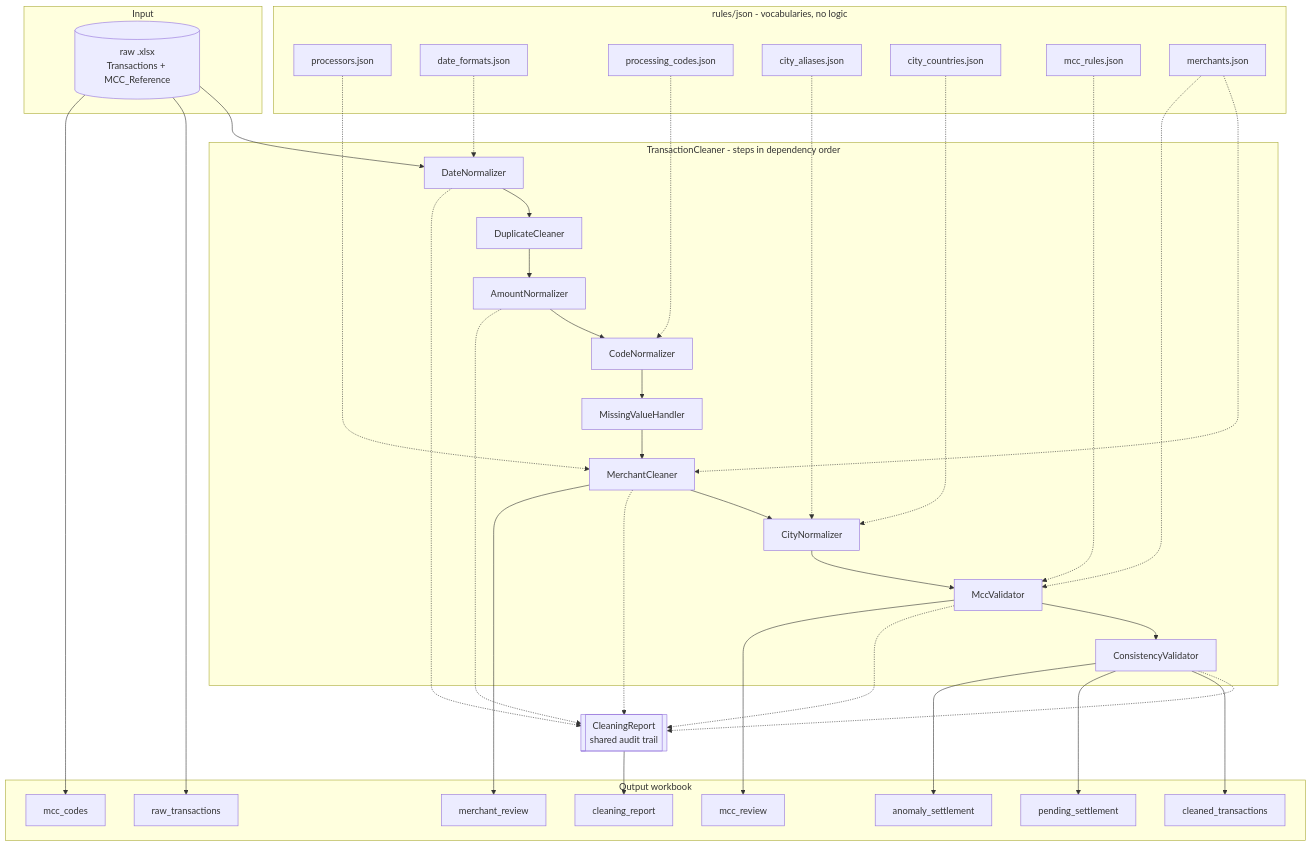
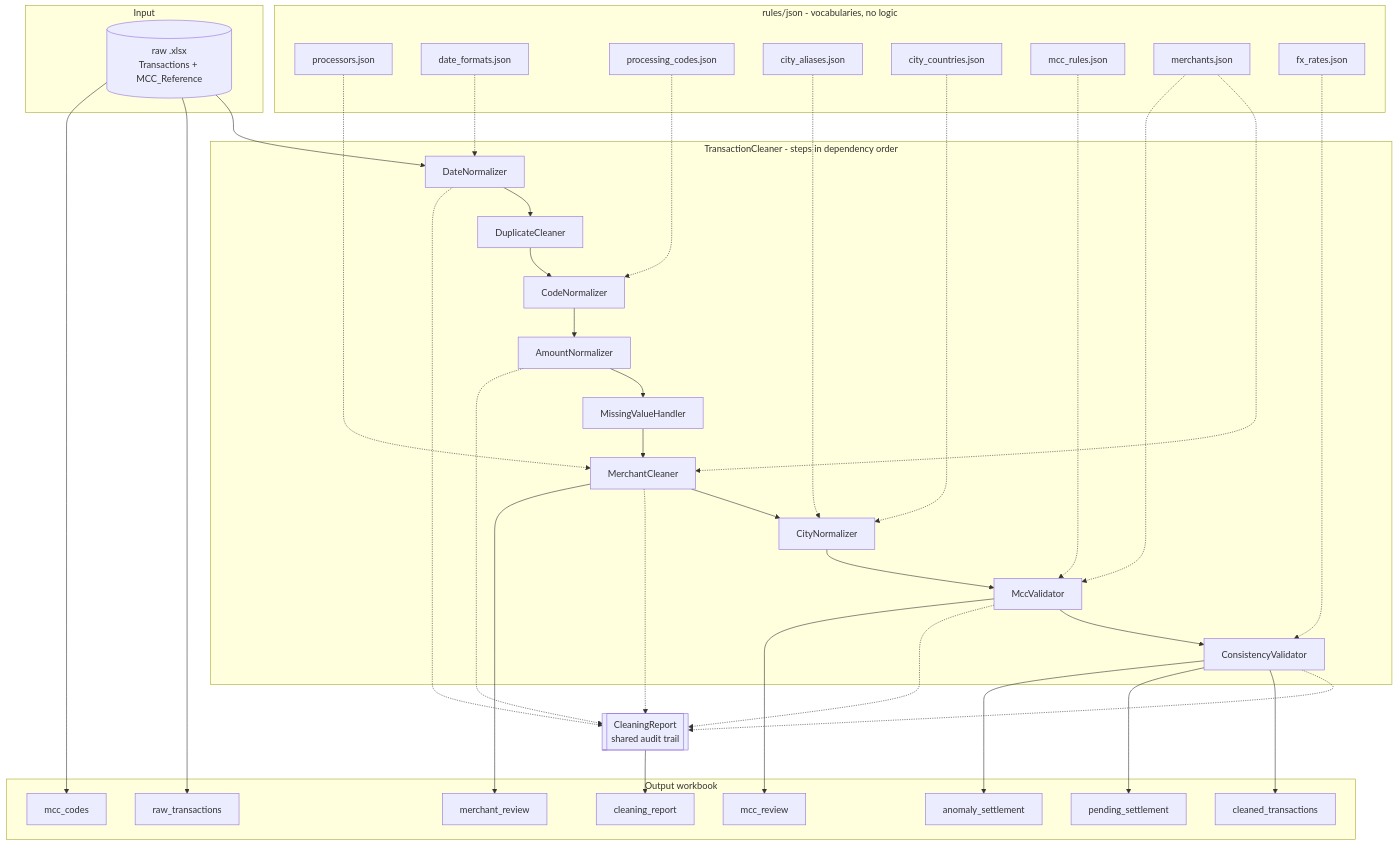
Before and after one commit to jam-makh/clean_data_task: the diagram in README.md, drawn with Mermaid. The commit also changed other lines of this file and 15 other files, not shown here.

````diff
--- a/README.md
+++ b/README.md
@@ -99,66 +87,68 @@
 ```mermaid
 flowchart TD
     subgraph input[Input]
         RAW[("raw .xlsx<br/>Transactions + MCC_Reference")]
     end
 
     subgraph rules[rules/json - vocabularies, no logic]
         R1[processors.json]
         R2[date_formats.json]
         R3[processing_codes.json]
         R4[city_aliases.json]
         R7[city_countries.json]
         R5[mcc_rules.json]
         R6[merchants.json]
+        R8[fx_rates.json]
     end
 
     subgraph pipe[TransactionCleaner - steps in dependency order]
         S1[DateNormalizer]
         S2[DuplicateCleaner]
-        S3[AmountNormalizer]
-        S4[CodeNormalizer]
+        S3[CodeNormalizer]
+        S4[AmountNormalizer]
         S5[MissingValueHandler]
         S6[MerchantCleaner]
         S7[CityNormalizer]
         S8[MccValidator]
         S9[ConsistencyValidator]
     end
 
     REP[["CleaningReport<br/>shared audit trail"]]
 
     subgraph output[Output workbook]
         O1[raw_transactions]
         O2[cleaned_transactions]
         O3[mcc_codes]
         O4[pending_settlement]
         O5[anomaly_settlement]
         O6[merchant_review]
         O7[mcc_review]
         O8[cleaning_report]
     end
 
     RAW --> S1 --> S2 --> S3 --> S4 --> S5 --> S6 --> S7 --> S8 --> S9
     R2 -.-> S1
-    R3 -.-> S4
+    R3 -.-> S3
     R1 -.-> S6
     R4 -.-> S7
     R7 -.-> S7
     R5 -.-> S8
     R6 -.-> S6
     R6 -.-> S8
+    R8 -.-> S9
 
     S1 -.-> REP
-    S3 -.-> REP
+    S4 -.-> REP
     S6 -.-> REP
     S8 -.-> REP
     S9 -.-> REP
 
     S9 --> O2
     RAW --> O1
     RAW --> O3
     S9 --> O4
     S9 --> O5
     S6 --> O6
     S8 --> O7
     REP --> O8
 ```
````
